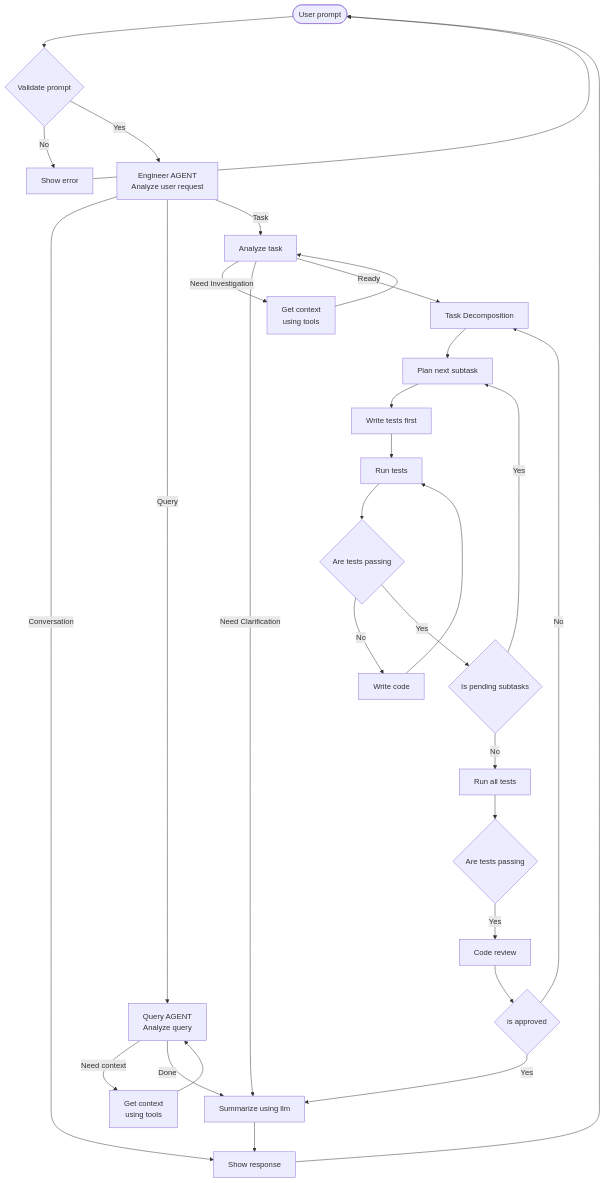
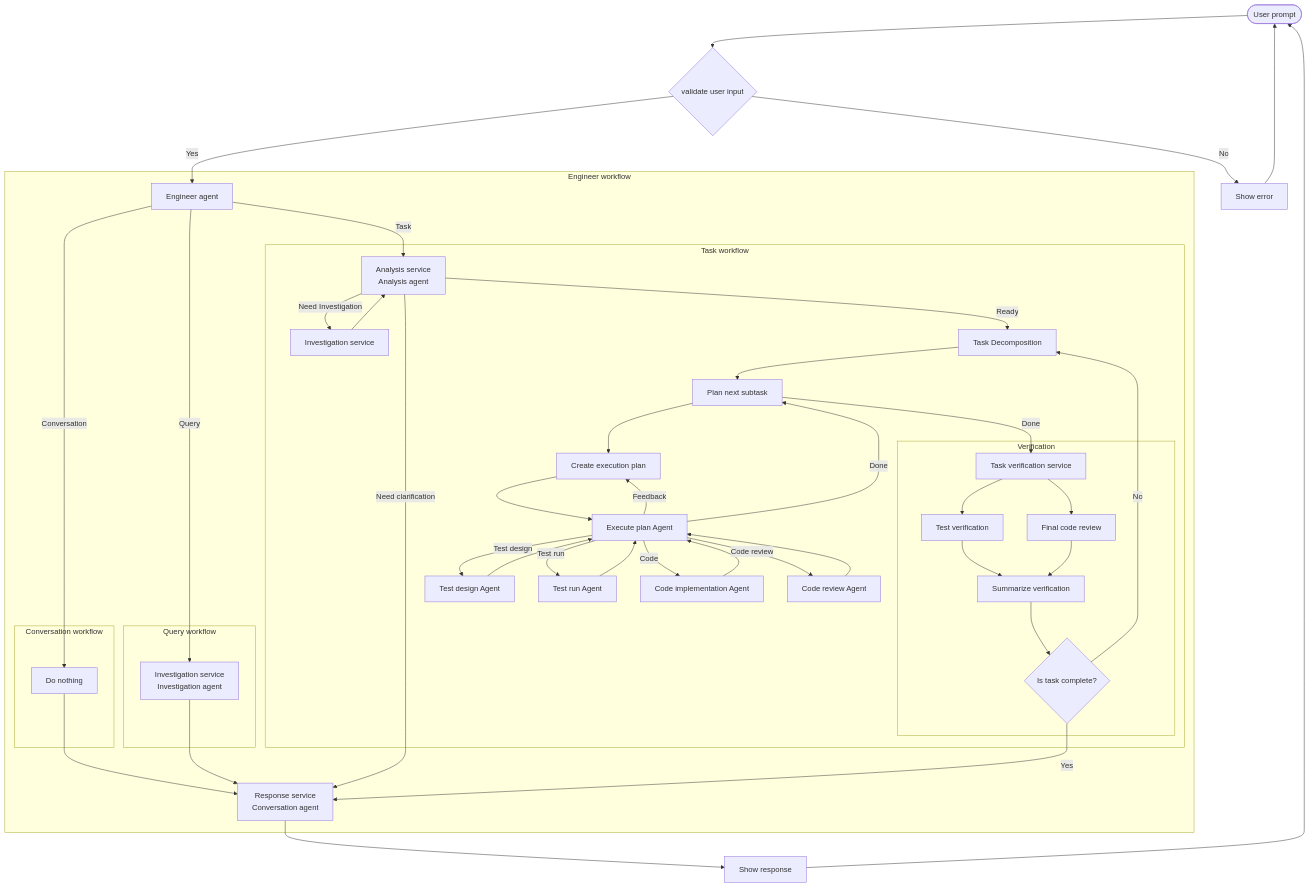
The diagram in FLOWCHART.md (shiviraj/agentic-ai), drawn with Mermaid before and after one commit.

Commit message:
Update flowchart

````diff
--- a/FLOWCHART.md
+++ b/FLOWCHART.md
@@ -3,33 +3,84 @@
 ```mermaid
 flowchart TD
-    A([User prompt]) --> B{Validate prompt}
-    B -- No --> C[Show error]
-    C --> A
-    B -- Yes --> D[Engineer AGENT<br/>Analyze user request]
-    D -- Conversation --> I[Show response]
-    I --> A
-    D -- Query --> E[Query AGENT<br/> Analyze query]
-    E -- Need context --> H[Get context<br/>using tools]
-    H --> E
-    E -- Done --> J[Summarize using llm]
-    J --> I
-    D -- Task --> V[Analyze task]
-    V -- Need Investigation --> G[Get context<br/>using tools]
-    G --> V
-    V -- Need Clarification --> J
-    V -- Ready --> K[Task Decomposition]
-    K --> L[Plan next subtask]
-    L --> M[Write tests first]
-    M --> N[Run tests]
-    N --> O{Are tests passing}
-    O -- No --> P[Write code]
-    P --> N
-    O -- Yes --> Q{Is pending subtasks}
-    Q -- Yes --> L
-    Q -- No --> R[Run all tests]
-    R --> S{Are tests passing}
-    S -- Yes --> T[Code review]
-    T --> U{is approved}
-    U -- Yes --> J
-    U -- No --> K
+    A([User prompt])
+    G{validate user input}
+    H[Show error]
+    Z[Show response]
+
+    subgraph B["Engineer workflow"]
+        subgraph C["Conversation workflow"]
+            C1[Do nothing]
+        end
+
+        subgraph D["Query workflow"]
+            D1[Investigation service<br/>Investigation agent]
+        end
+
+        subgraph E["Task workflow"]
+            E1[Analysis service<br/>Analysis agent]
+            E2[Investigation service]
+            E3[Task Decomposition]
+            E4[Plan next subtask]
+            E5[Create execution plan]
+            E6[Execute plan Agent]
+            E7[Test design Agent]
+            E8[Test run Agent]
+            E9[Code implementation Agent]
+            E10[Code review Agent]
+
+            subgraph F["Verification"]
+                F1[Task verification service]
+                F2[Test verification]
+                F3[Final code review]
+                F4[Summarize verification]
+                F5{Is task complete?}
+
+                F1 --> F2
+                F1 --> F3
+                F2 --> F4
+                F3 --> F4
+                F4 --> F5
+
+            end
+
+            E1 -- Need Investigation --> E2
+            E2 --> E1
+            E1 -- Ready --> E3
+            E3 --> E4
+            E4 --> E5
+            E5 --> E6
+            E6 -- Test design --> E7
+            E6 -- Test run --> E8
+            E6 -- Code --> E9
+            E6 -- Code review --> E10
+            E7 --> E6
+            E8 --> E6
+            E9 --> E6
+            E10 --> E6
+            E6 -- Feedback --> E5
+            E6 -- Done --> E4
+            E4 -- Done --> F1
+            F5 -- No --> E3
+
+        end
+
+        B1[Engineer agent]
+        B2[Response service<br/>Conversation agent]
+
+        C1 --> B2
+        B1 -- Conversation --> C1
+        B1 -- Query --> D1
+        B1 -- Task --> E1
+        D1 --> B2
+        E1 -- Need clarification --> B2
+        F5 -- Yes --> B2
+    end
+
+    A --> G
+    G -- No --> H
+    G -- Yes --> B1
+    H --> A
+    B2 --> Z
+    Z --> A
+
 ```
````
